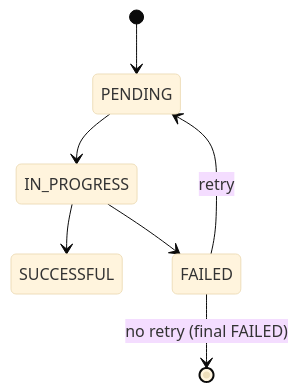
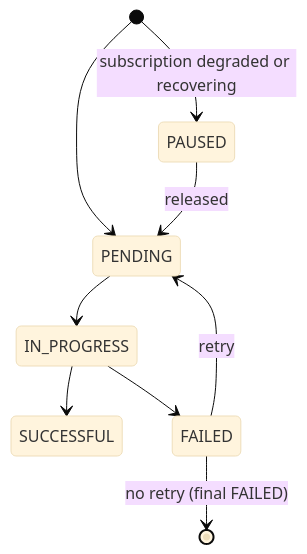
One commit to hook0/hook0 changed the fourth of 4 diagrams in documentation/explanation/webhook-retry-logic.md. Above: the diagram before and after it, drawn with Mermaid (base theme). The commit also changed other lines of this file and 73 other files, not shown here.

````diff
--- a/documentation/explanation/webhook-retry-logic.md
+++ b/documentation/explanation/webhook-retry-logic.md
@@ -109,9 +160,11 @@
 ```mermaid
 stateDiagram-v2
     [*] --> PENDING
+    [*] --> PAUSED : subscription degraded or recovering
+    PAUSED --> PENDING : released
     PENDING --> IN_PROGRESS
     IN_PROGRESS --> SUCCESSFUL
     IN_PROGRESS --> FAILED
     FAILED --> PENDING : retry
     FAILED --> [*] : no retry (final FAILED)
 ```
````
